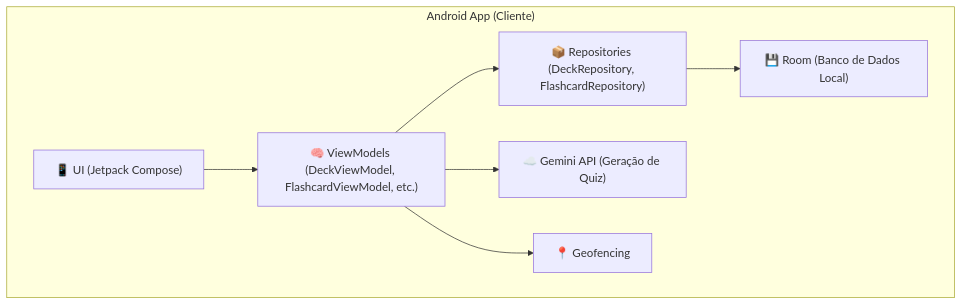
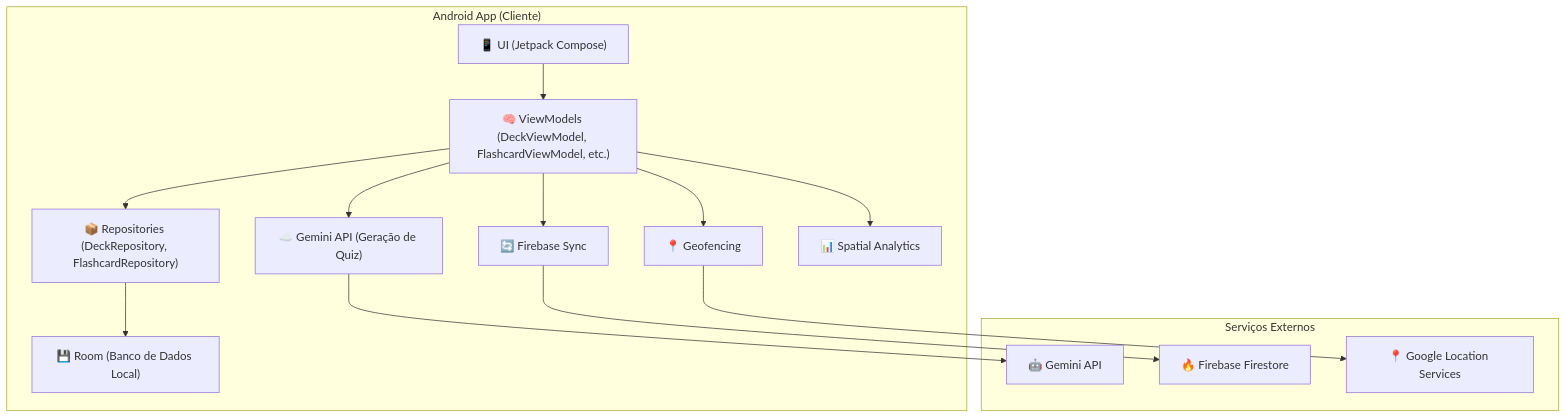
Before and after one commit to master-rogerio/V.C.Study: the diagram in README.md, drawn with Mermaid. The commit also changed other lines of this file, not shown here.

````diff
--- a/README.md
+++ b/README.md
@@ -38,17 +39,30 @@
 ```mermaid
 graph TD
     subgraph "Android App (Cliente)"
         UI["📱 UI (Jetpack Compose)"]
         VMs["🧠 ViewModels (DeckViewModel, FlashcardViewModel, etc.)"]
         REPO["📦 Repositories (DeckRepository, FlashcardRepository)"]
         DB["💾 Room (Banco de Dados Local)"]
         API["☁️ Gemini API (Geração de Quiz)"]
         GEOFENCE["📍 Geofencing"]
+        SYNC["🔄 Firebase Sync"]
+        ANALYTICS["📊 Spatial Analytics"]
+    end
+
+    subgraph "Serviços Externos"
+        GEMINI["🤖 Gemini API"]
+        FIREBASE["🔥 Firebase Firestore"]
+        LOCATION["📍 Google Location Services"]
     end
 
     UI --> VMs
     VMs --> REPO
     REPO --> DB
     VMs --> API
     VMs --> GEOFENCE
+    VMs --> SYNC
+    VMs --> ANALYTICS
+    API --> GEMINI
+    SYNC --> FIREBASE
+    GEOFENCE --> LOCATION
 ```
````
